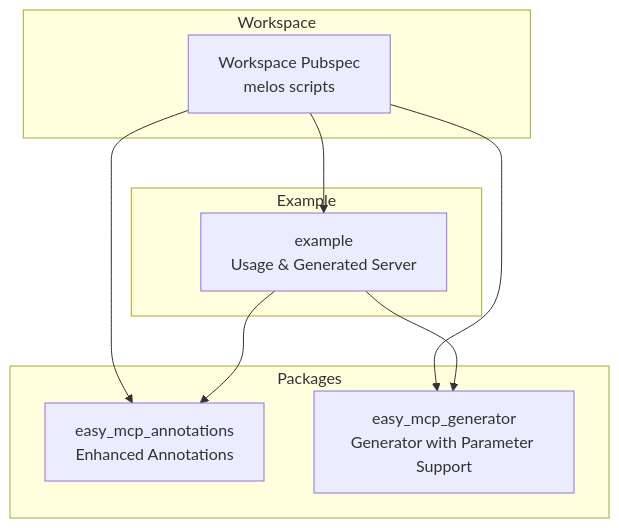
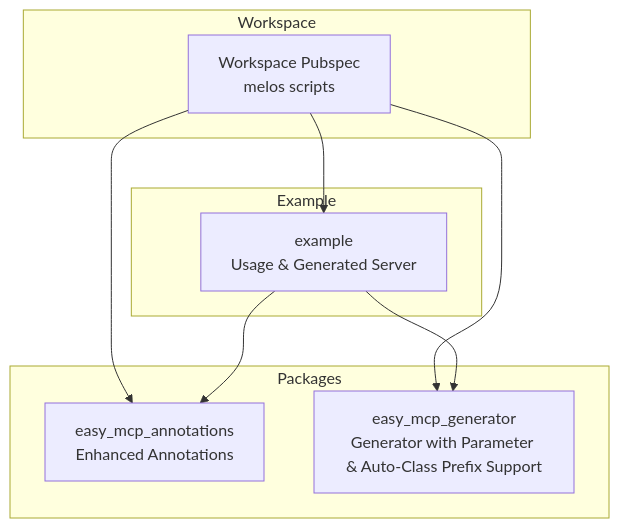
Before and after one commit to cdavis-code/easy_mcp_workspace: the first of 10 diagrams in .qoder/repowiki/en/content/Core Concepts/Code Generation Workflow.md, drawn with Mermaid. The commit also changed other lines of this file and 3 other files, not shown here.

````diff
--- a/.qoder/repowiki/en/content/Core Concepts/Code Generation Workflow.md
+++ b/.qoder/repowiki/en/content/Core Concepts/Code Generation Workflow.md
@@ -55,18 +55,18 @@
 ```mermaid
 graph TB
 subgraph "Workspace"
 WS["Workspace Pubspec<br/>melos scripts"]
 end
 subgraph "Packages"
 ANNOT["easy_mcp_annotations<br/>Enhanced Annotations"]
-GEN["easy_mcp_generator<br/>Generator with Parameter Support"]
+GEN["easy_mcp_generator<br/>Generator with Parameter & Auto-Class Prefix Support"]
 end
 subgraph "Example"
 EX["example<br/>Usage & Generated Server"]
 end
 WS --> ANNOT
 WS --> GEN
 WS --> EX
 EX --> ANNOT
 EX --> GEN
 ```
````
